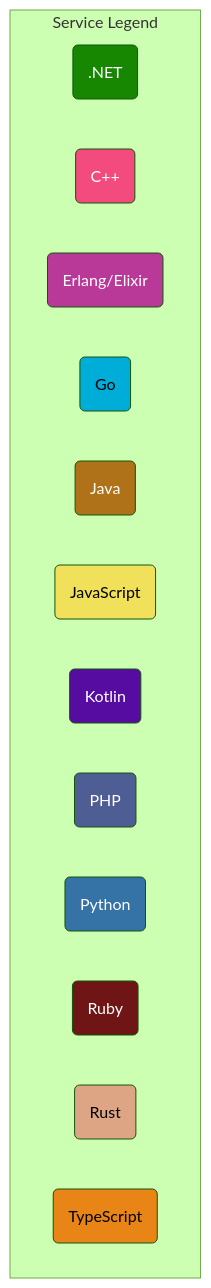
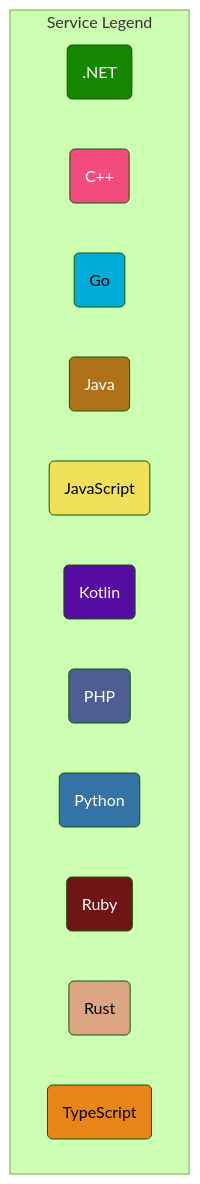
The second of 3 diagrams in content/en/docs/demo/architecture.md (open-telemetry/opentelemetry.io), drawn with Mermaid (forest theme) before and after one commit. The commit also changed other lines of this file, not shown here.

Commit message:
[Demo] Update diagram (#5678)

````diff
--- a/content/en/docs/demo/architecture.md
+++ b/content/en/docs/demo/architecture.md
@@ -78,30 +91,28 @@
 ```mermaid
 graph TD
 subgraph Service Legend
   dotnetsvc(.NET):::dotnet
   cppsvc(C++):::cpp
-  erlangsvc(Erlang/Elixir):::erlang
   golangsvc(Go):::golang
   javasvc(Java):::java
   javascriptsvc(JavaScript):::javascript
   kotlinsvc(Kotlin):::kotlin
   phpsvc(PHP):::php
   pythonsvc(Python):::python
   rubysvc(Ruby):::ruby
   rustsvc(Rust):::rust
   typescriptsvc(TypeScript):::typescript
 end
 
 classDef dotnet fill:#178600,color:white;
 classDef cpp fill:#f34b7d,color:white;
-classDef erlang fill:#b83998,color:white;
 classDef golang fill:#00add8,color:black;
 classDef java fill:#b07219,color:white;
 classDef javascript fill:#f1e05a,color:black;
 classDef kotlin fill:#560ba1,color:white;
 classDef php fill:#4f5d95,color:white;
 classDef python fill:#3572A5,color:white;
 classDef ruby fill:#701516,color:white;
 classDef rust fill:#dea584,color:black;
 classDef typescript fill:#e98516,color:black;
 ```
````
